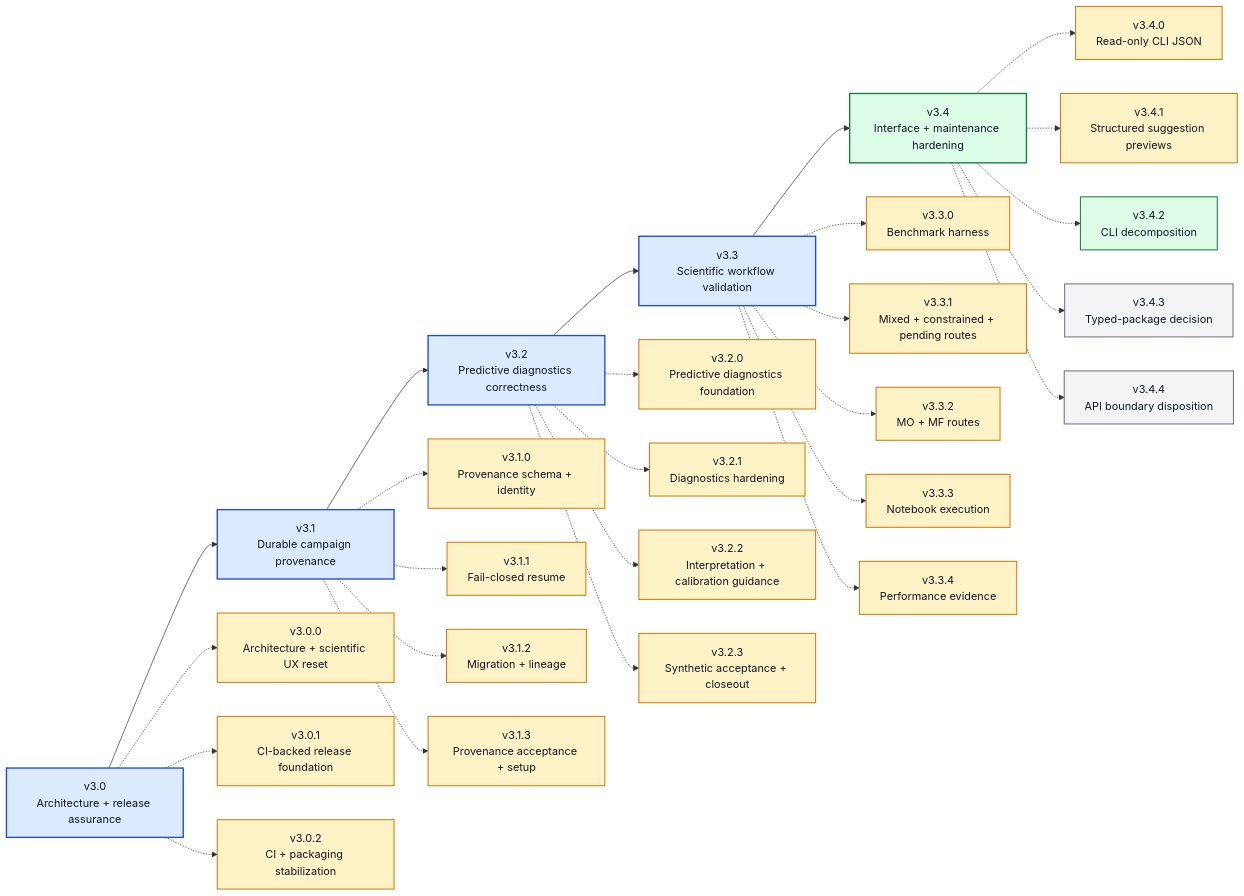
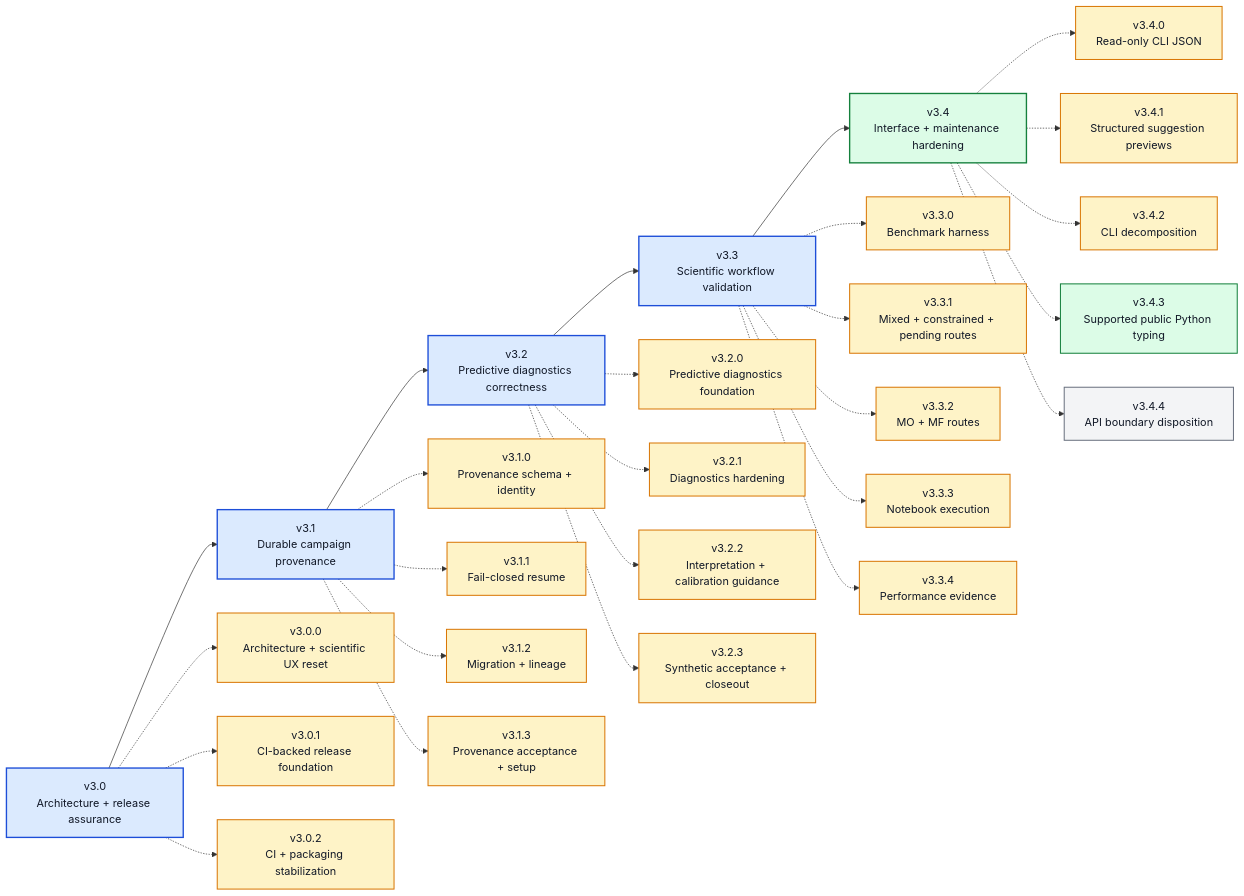
One commit to angzeli/bo-forge changed the diagram in ROADMAP_V3_X.md. Above: the diagram before and after it, drawn with Mermaid. The commit also changed other lines of this file and 39 other files, not shown here.

Commit message:
v3.4.3 update: Add supported public Python typing

````diff
--- a/ROADMAP_V3_X.md
+++ b/ROADMAP_V3_X.md
@@ -34,68 +37,69 @@
 ```mermaid
 flowchart LR
     v30["v3.0<br/>Architecture + release assurance"] --> v31["v3.1<br/>Durable campaign provenance"] --> v32["v3.2<br/>Predictive diagnostics correctness"] --> v33["v3.3<br/>Scientific workflow validation"] --> v34["v3.4<br/>Interface + maintenance hardening"]
 
     v300["v3.0.0<br/>Architecture + scientific UX reset"]
     v301["v3.0.1<br/>CI-backed release foundation"]
     v302["v3.0.2<br/>CI + packaging stabilization"]
     v310["v3.1.0<br/>Provenance schema + identity"]
     v311["v3.1.1<br/>Fail-closed resume"]
     v312["v3.1.2<br/>Migration + lineage"]
     v313["v3.1.3<br/>Provenance acceptance + setup"]
     v320["v3.2.0<br/>Predictive diagnostics foundation"]
     v321["v3.2.1<br/>Diagnostics hardening"]
     v322["v3.2.2<br/>Interpretation + calibration guidance"]
     v323["v3.2.3<br/>Synthetic acceptance + closeout"]
     v330["v3.3.0<br/>Benchmark harness"]
     v331["v3.3.1<br/>Mixed + constrained + pending routes"]
     v332["v3.3.2<br/>MO + MF routes"]
     v333["v3.3.3<br/>Notebook execution"]
     v334["v3.3.4<br/>Performance evidence"]
     v340["v3.4.0<br/>Read-only CLI JSON"]
     v341["v3.4.1<br/>Structured suggestion previews"]
     v342["v3.4.2<br/>CLI decomposition"]
-    v343["v3.4.3<br/>Typed-package decision"]
+    v343["v3.4.3<br/>Supported public Python typing"]
     v344["v3.4.4<br/>API boundary disposition"]
 
     v30 -.-> v300
     v30 -.-> v301
     v30 -.-> v302
     v31 -.-> v310
     v31 -.-> v311
     v31 -.-> v312
     v31 -.-> v313
     v32 -.-> v320
     v32 -.-> v321
     v32 -.-> v322
     v32 -.-> v323
     v33 -.-> v330
     v33 -.-> v331
     v33 -.-> v332
     v33 -.-> v333
     v33 -.-> v334
     v34 -.-> v340
     v34 -.-> v341
     v34 -.-> v342
     v34 -.-> v343
     v34 -.-> v344
 
     class v30,v31,v32 majorDone
     class v33 majorDone
     class v34 majorActive
     class v300,v301,v302 patchDone
     class v310,v311,v312,v313 patchDone
     class v320,v321,v322,v323 patchDone
     class v330,v331,v332,v333 patchDone
     class v334 patchDone
     class v340 patchDone
     class v341 patchDone
-    class v342 patchActive
-    class v343,v344 patchFuture
+    class v342 patchDone
+    class v343 patchActive
+    class v344 patchFuture
 
     classDef majorDone fill:#dbeafe,stroke:#1d4ed8,stroke-width:2px,color:#111827;
     classDef majorActive fill:#dcfce7,stroke:#15803d,stroke-width:2px,color:#111827;
     classDef majorFuture fill:#f3f4f6,stroke:#6b7280,stroke-width:2px,color:#111827;
     classDef patchDone fill:#fef3c7,stroke:#d97706,stroke-width:1.5px,color:#111827;
     classDef patchActive fill:#dcfce7,stroke:#15803d,stroke-width:1.5px,color:#111827;
     classDef patchFuture fill:#f3f4f6,stroke:#6b7280,stroke-width:1.5px,color:#111827;
 ```
````
